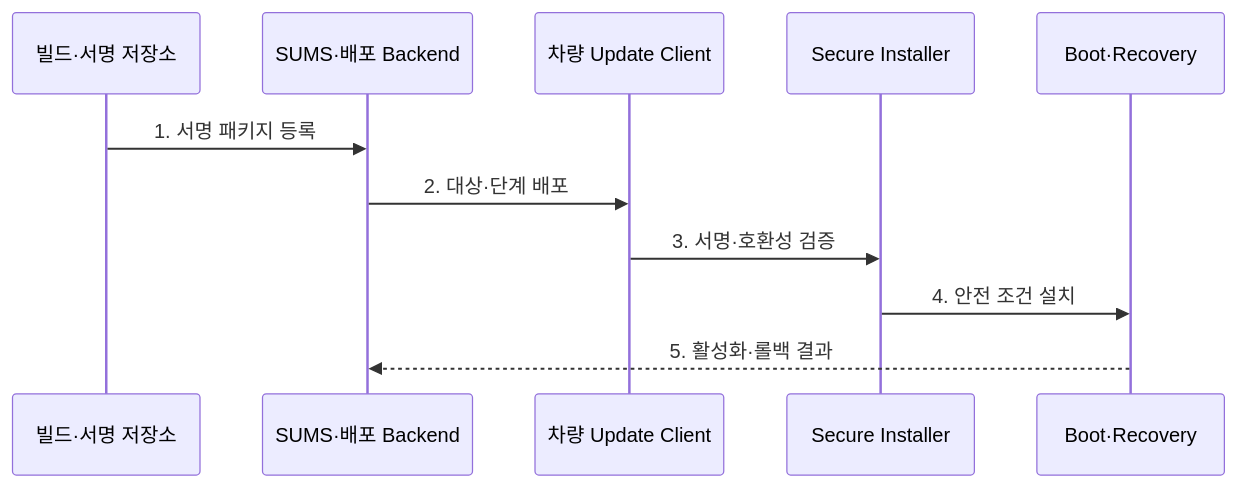
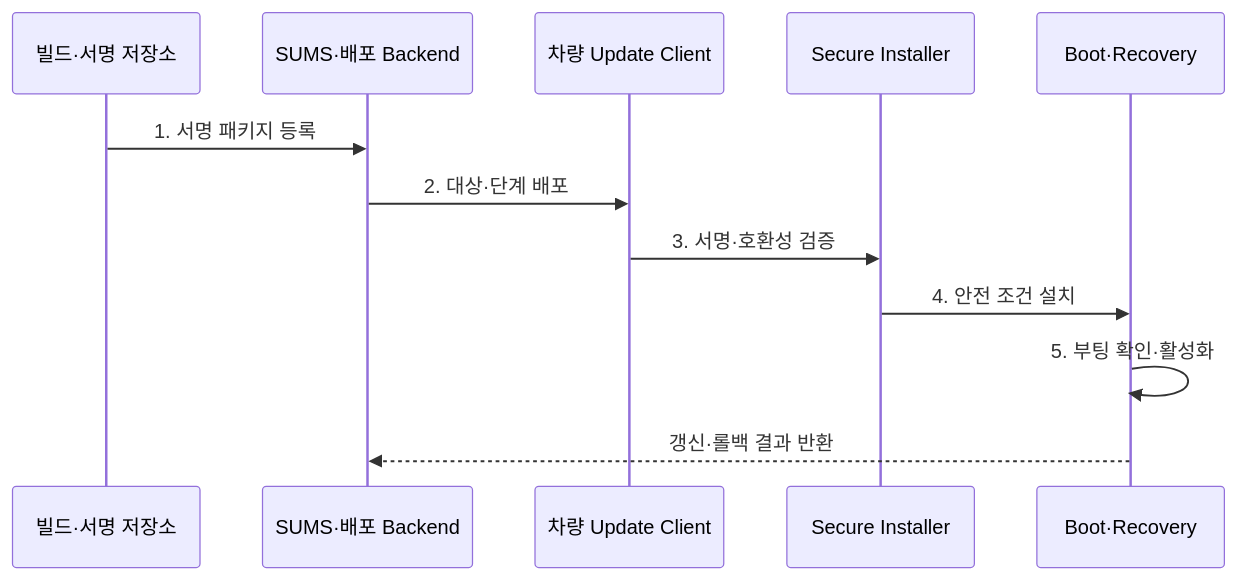
One commit to agnusdei1207/knowledge-base changed the second of 2 diagrams in src/content/docs/notes/08-latest-tech/205_ota_update.md. Above: the diagram before and after it, drawn with Mermaid. The commit also changed other lines of this file and 7 other files, not shown here.

````diff
--- a/src/content/docs/notes/08-latest-tech/205_ota_update.md
+++ b/src/content/docs/notes/08-latest-tech/205_ota_update.md
@@ -75,13 +76,14 @@
 ```mermaid
 sequenceDiagram
   participant R as 빌드·서명 저장소
   participant B as SUMS·배포 Backend
   participant C as 차량 Update Client
   participant I as Secure Installer
   participant O as Boot·Recovery
   R->>B: 1. 서명 패키지 등록
   B->>C: 2. 대상·단계 배포
   C->>I: 3. 서명·호환성 검증
   I->>O: 4. 안전 조건 설치
-  O-->>B: 5. 활성화·롤백 결과
+  O->>O: 5. 부팅 확인·활성화
+  O-->>B: 갱신·롤백 결과 반환
 ```
````
